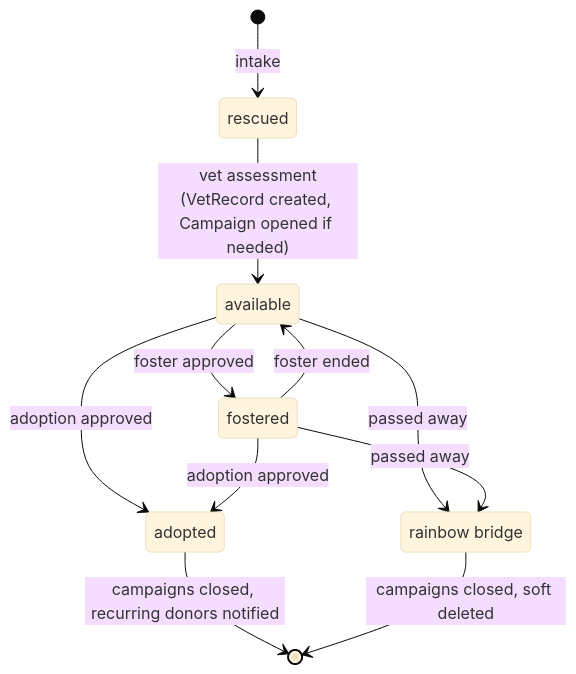
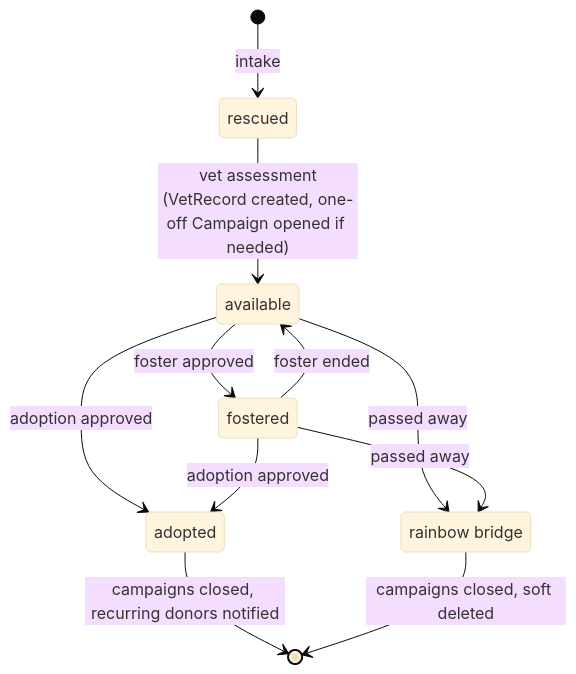
One commit to myknbani/betterwag changed the diagram in README.md. Above: the diagram before and after it, drawn with Mermaid (base theme). The commit also changed other lines of this file and 9 other files, not shown here.

````diff
--- a/README.md
+++ b/README.md
@@ -130,15 +130,15 @@
 ```mermaid
 stateDiagram-v2
     state "rainbow bridge" as rainbow_bridge
 
     [*] --> rescued : intake
-    rescued --> available : vet assessment<br>(VetRecord created, Campaign opened if needed)
+    rescued --> available : vet assessment<br>(VetRecord created, one-off Campaign opened if needed)
     available --> fostered : foster approved
     available --> adopted : adoption approved
     available --> rainbow_bridge : passed away
     fostered --> available : foster ended
     fostered --> adopted : adoption approved
     fostered --> rainbow_bridge : passed away
     adopted --> [*] : campaigns closed, recurring donors notified
     rainbow_bridge --> [*] : campaigns closed, soft deleted
 ```
````
